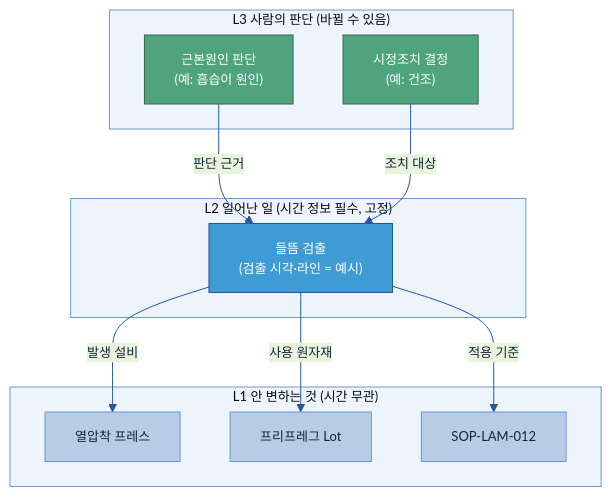
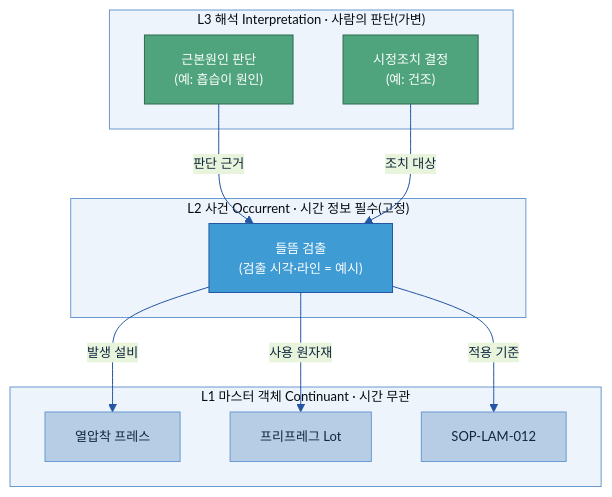
The second of 8 diagrams in 가이드 작성/B-3 온톨로지/B-3 온톨로지.md (jin-kearney/ai-ready-data-manual), drawn with Mermaid before and after one commit. The commit also changed other lines of this file and 1 other file, not shown here.

````diff
--- a/가이드 작성/B-3 온톨로지/B-3 온톨로지.md
+++ b/가이드 작성/B-3 온톨로지/B-3 온톨로지.md
@@ -195,24 +197,24 @@
 ```mermaid
 %%{init: {'theme':'base','themeVariables':{'primaryColor':'#DCE8F5','primaryBorderColor':'#2456A4','primaryTextColor':'#10243f','lineColor':'#2456A4','clusterBkg':'#EEF4FB','clusterBorder':'#6B9AD1','fontSize':'13px'}}}%%
 flowchart TB
-    subgraph L3["L3 사람의 판단 (바뀔 수 있음)"]
+    subgraph L3["L3 해석 Interpretation · 사람의 판단(가변)"]
         CA["근본원인 판단\n(예: 흡습이 원인)"]:::loop
         ACT["시정조치 결정\n(예: 건조)"]:::loop
     end
-    subgraph L2["L2 일어난 일 (시간 정보 필수, 고정)"]
+    subgraph L2["L2 사건 Occurrent · 시간 정보 필수(고정)"]
         EV["들뜸 검출\n(검출 시각·라인 = 예시)"]:::gate
     end
-    subgraph L1["L1 안 변하는 것 (시간 무관)"]
+    subgraph L1["L1 마스터 객체 Continuant · 시간 무관"]
         EQ["열압착 프레스"]:::n
         MAT["프리프레그 Lot"]:::n
         SOP["SOP-LAM-012"]:::n
     end
     CA -->|"판단 근거"| EV
     ACT -->|"조치 대상"| EV
     EV -->|"발생 설비"| EQ
     EV -->|"사용 원자재"| MAT
     EV -->|"적용 기준"| SOP
     classDef n fill:#B7CDE6,stroke:#6B9AD1,color:#10243f;
     classDef gate fill:#3F9BD4,stroke:#2456A4,color:#fff;
     classDef loop fill:#4FA47D,stroke:#2f6b50,color:#fff;
 ```
````
